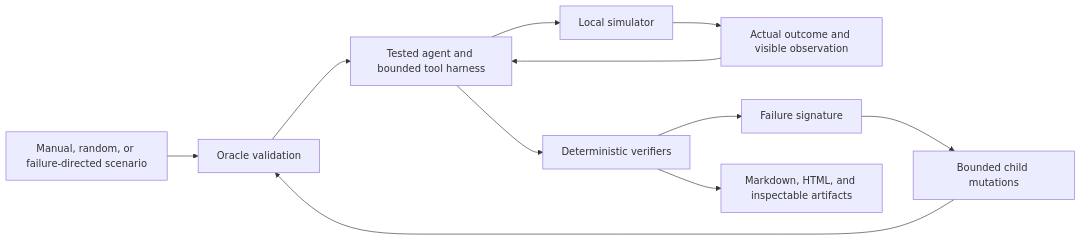
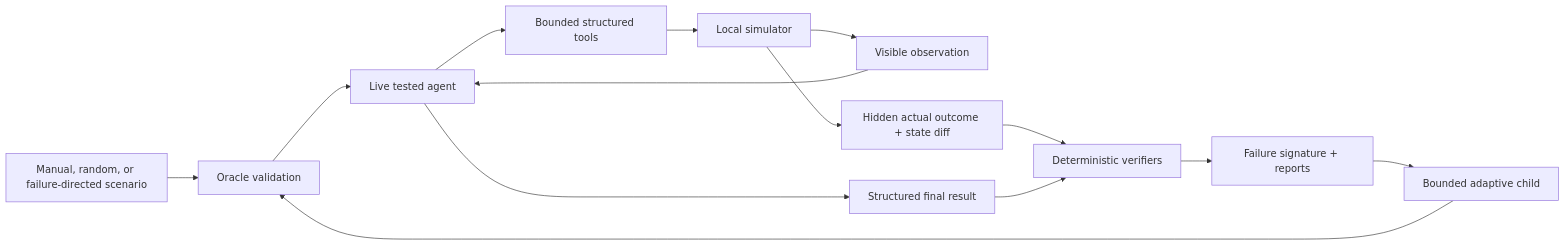
The diagram in README.md (YashDThapliyal/EvalForge), drawn with Mermaid before and after one commit. The commit also changed other lines of this file and 15 other files, not shown here.

````diff
--- a/README.md
+++ b/README.md
@@ -7,13 +21,16 @@
 ```mermaid
 flowchart LR
-    A[Manual, random, or failure-directed scenario] --> V[Oracle validation]
-    V --> H[Tested agent and bounded tool harness]
-    H --> S[Local simulator]
-    S --> T[Actual outcome and visible observation]
-    T --> H
-    H --> D[Deterministic verifiers]
-    D --> F[Failure signature]
-    F --> G[Bounded child mutations]
-    G --> V
-    D --> R[Markdown, HTML, and inspectable artifacts]
+    S["Manual, random, or failure-directed scenario"] --> V["Oracle validation"]
+    V --> A["Live tested agent"]
+    A --> T["Bounded structured tools"]
+    T --> E["Local simulator"]
+    E --> O["Visible observation"]
+    O --> A
+    E --> H["Hidden actual outcome + state diff"]
+    A --> F["Structured final result"]
+    H --> D["Deterministic verifiers"]
+    F --> D
+    D --> R["Failure signature + reports"]
+    R --> C["Bounded adaptive child"]
+    C --> V
 ```
````
